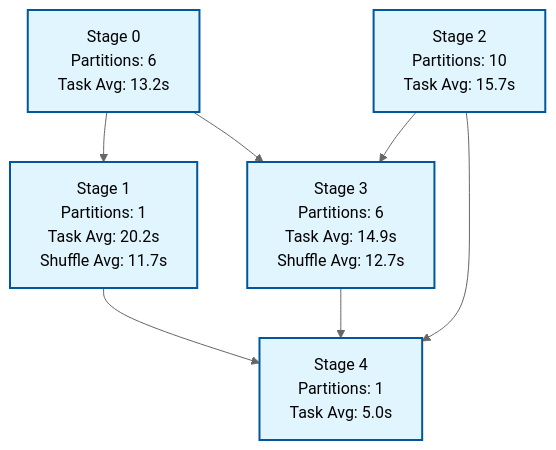
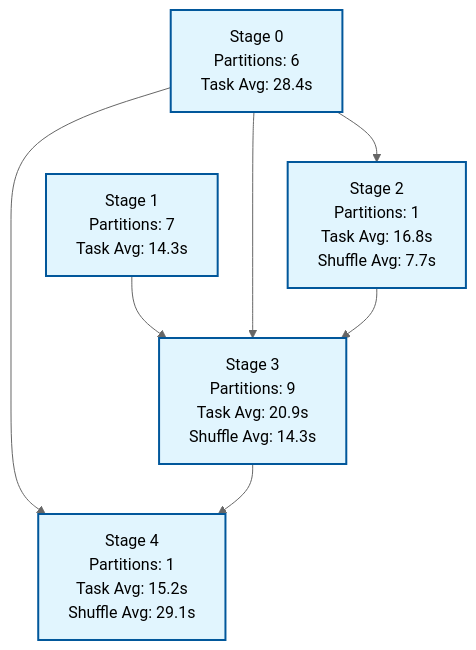
One commit to fhalde/fauxspark changed the diagram in examples/generated/run2/README.md. Above: the diagram before and after it, drawn with Mermaid (neutral theme). The commit also changed other lines of this file and 9 other files, not shown here.

````diff
--- a/examples/generated/run2/README.md
+++ b/examples/generated/run2/README.md
@@ -9,12 +9,12 @@
 ```mermaid
 graph TD
-    Stage0["Stage 0<br/>Partitions: 6<br/>Task Avg: 13.2s"] --> Stage1["Stage 1<br/>Partitions: 1<br/>Task Avg: 20.2s<br/>Shuffle Avg: 11.7s"]
-    Stage2["Stage 2<br/>Partitions: 10<br/>Task Avg: 15.7s"] --> Stage3["Stage 3<br/>Partitions: 6<br/>Task Avg: 14.9s<br/>Shuffle Avg: 12.7s"]
+    Stage0["Stage 0<br/>Partitions: 6<br/>Task Avg: 28.4s"] --> Stage2["Stage 2<br/>Partitions: 1<br/>Task Avg: 16.8s<br/>Shuffle Avg: 7.7s"]
+    Stage1["Stage 1<br/>Partitions: 7<br/>Task Avg: 14.3s"] --> Stage3["Stage 3<br/>Partitions: 9<br/>Task Avg: 20.9s<br/>Shuffle Avg: 14.3s"]
     Stage0 --> Stage3
-    Stage1 --> Stage4["Stage 4<br/>Partitions: 1<br/>Task Avg: 5.0s"]
-    Stage2 --> Stage4
+    Stage2 --> Stage3
+    Stage0 --> Stage4["Stage 4<br/>Partitions: 1<br/>Task Avg: 15.2s<br/>Shuffle Avg: 29.1s"]
     Stage3 --> Stage4
 
     classDef stageBox fill:#e1f5fe,stroke:#01579b,stroke-width:2px
     class Stage0,Stage1,Stage2,Stage3,Stage4 stageBox
 ```
````
